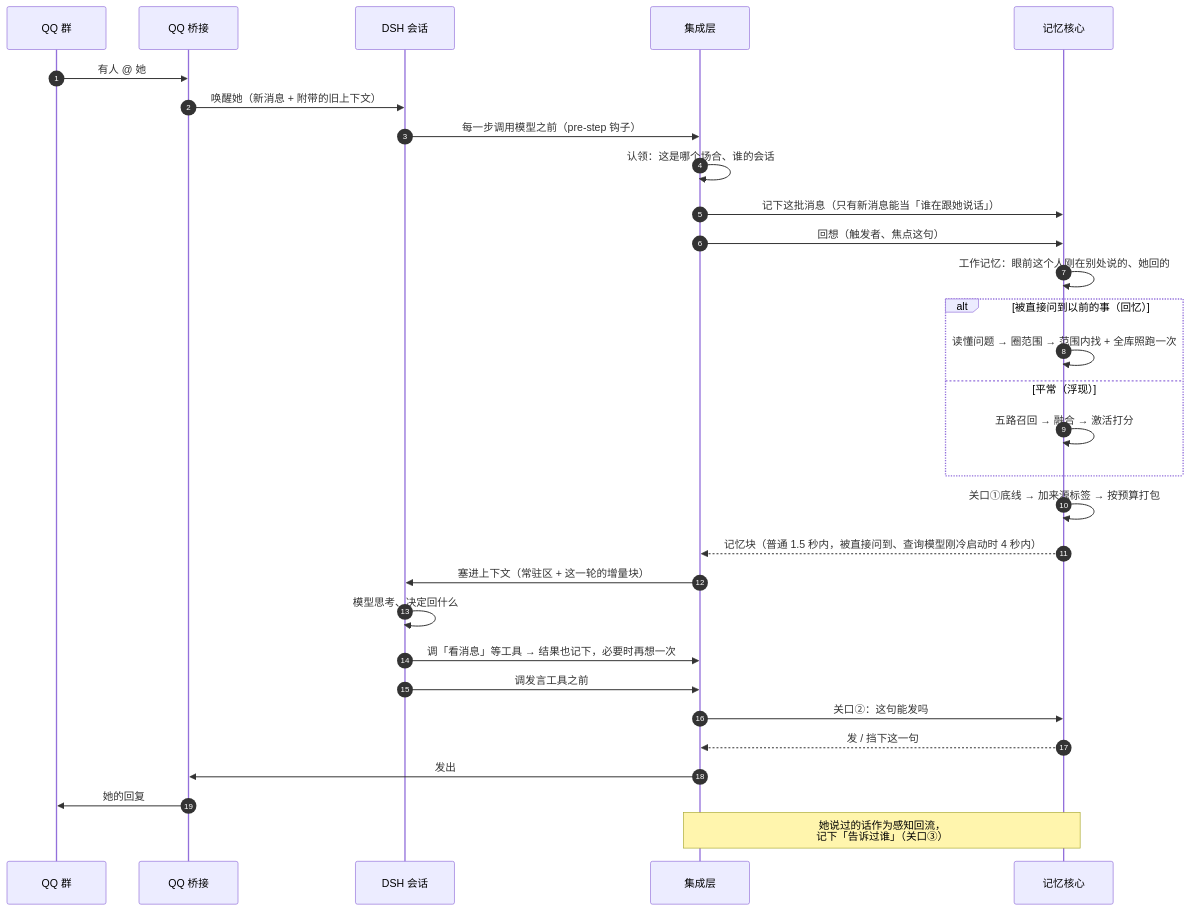
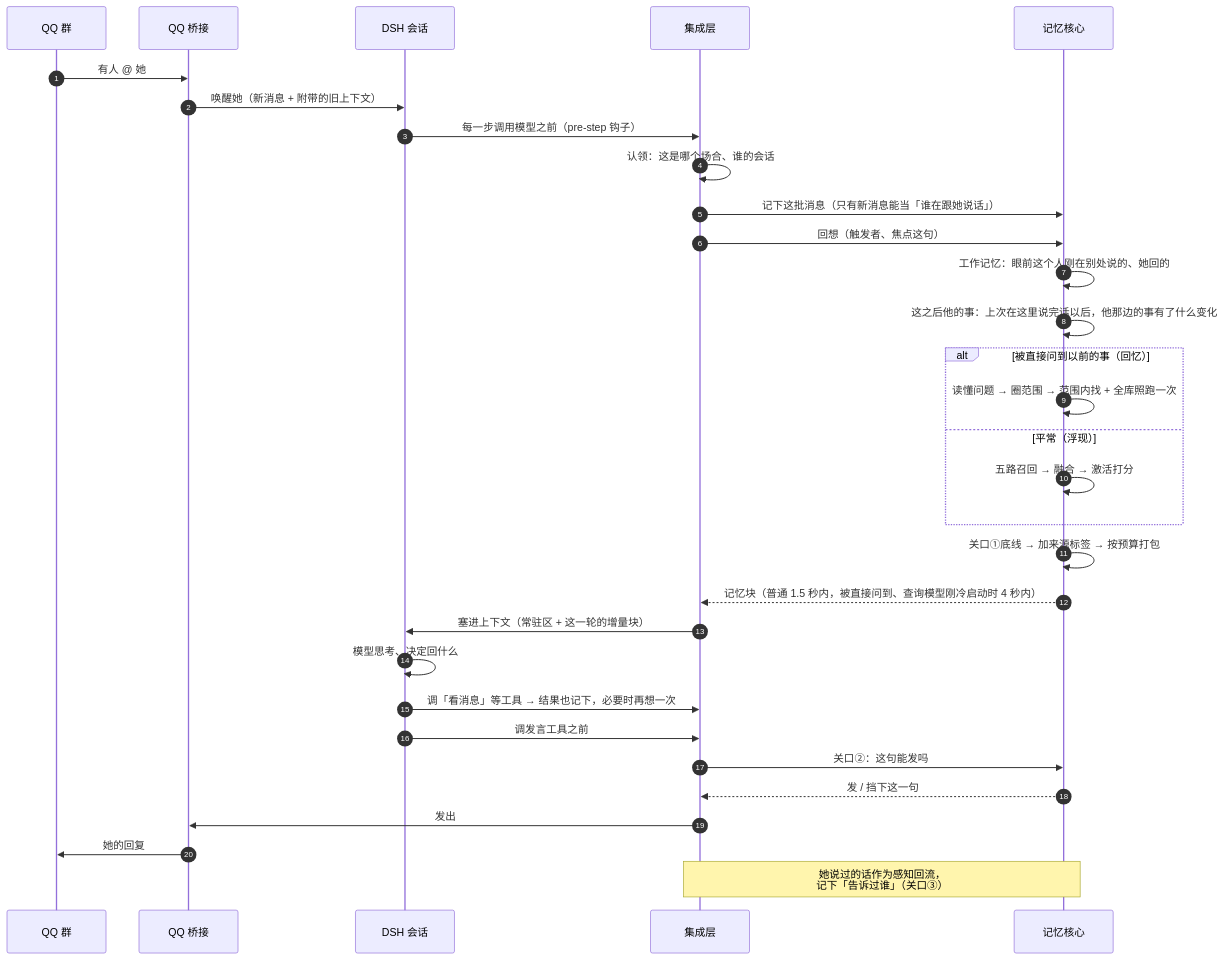
The fourth of 11 diagrams in docs/图解.md (QiuYeDx/dsh-rugu), drawn with Mermaid before and after one commit. The commit also changed other lines of this file and 24 other files, not shown here.

````diff
--- a/docs/图解.md
+++ b/docs/图解.md
@@ -150,32 +150,33 @@
 ```mermaid
 sequenceDiagram
   autonumber
   participant Q as QQ 群
   participant B as QQ 桥接
   participant D as DSH 会话
   participant H as 集成层
   participant C as 记忆核心
   Q->>B: 有人 @ 她
   B->>D: 唤醒她（新消息 + 附带的旧上下文）
   D->>H: 每一步调用模型之前（pre-step 钩子）
   H->>H: 认领：这是哪个场合、谁的会话
   H->>C: 记下这批消息（只有新消息能当「谁在跟她说话」）
   H->>C: 回想（触发者、焦点这句）
   C->>C: 工作记忆：眼前这个人刚在别处说的、她回的
+  C->>C: 这之后他的事：上次在这里说完话以后，他那边的事有了什么变化
   alt 被直接问到以前的事（回忆）
     C->>C: 读懂问题 → 圈范围 → 范围内找 + 全库照跑一次
   else 平常（浮现）
     C->>C: 五路召回 → 融合 → 激活打分
   end
   C->>C: 关口①底线 → 加来源标签 → 按预算打包
   C-->>H: 记忆块（普通 1.5 秒内，被直接问到、查询模型刚冷启动时 4 秒内）
   H->>D: 塞进上下文（常驻区 + 这一轮的增量块）
   D->>D: 模型思考、决定回什么
   D->>H: 调「看消息」等工具 → 结果也记下，必要时再想一次
   D->>H: 调发言工具之前
   H->>C: 关口②：这句能发吗
   C-->>H: 发 / 挡下这一句
   H->>B: 发出
   B->>Q: 她的回复
   Note over H,C: 她说过的话作为感知回流，<br/>记下「告诉过谁」（关口③）
 ```
````
